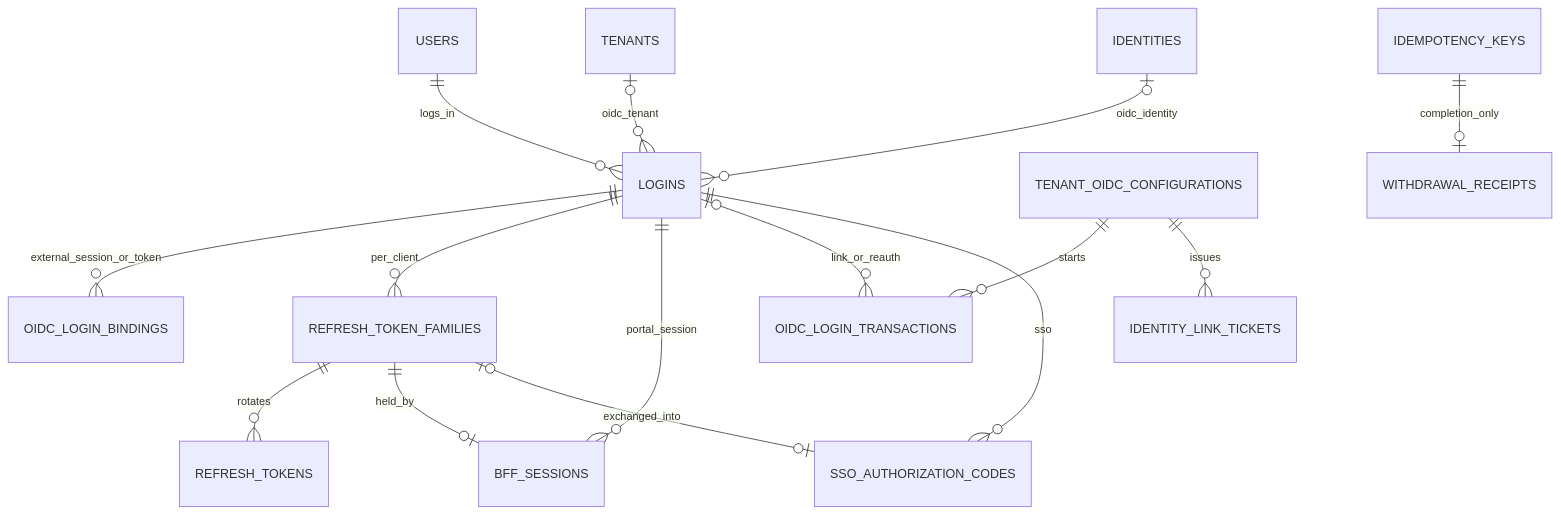
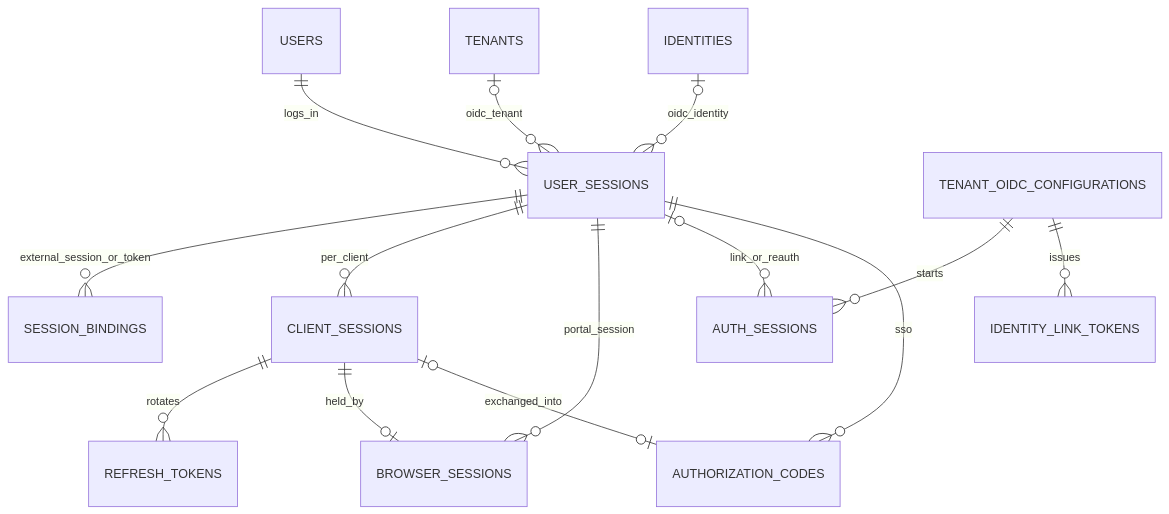
Before and after one commit to hyoungsookim/passport: the second of 2 diagrams in docs/DB_MODEL.md, drawn with Mermaid. The commit also changed other lines of this file and 5 other files, not shown here.

````diff
--- a/docs/DB_MODEL.md
+++ b/docs/DB_MODEL.md
@@ -142,17 +141,16 @@
 ```mermaid
 erDiagram
-    USERS ||--o{ LOGINS : logs_in
-    TENANTS |o--o{ LOGINS : oidc_tenant
-    IDENTITIES |o--o{ LOGINS : oidc_identity
-    LOGINS ||--o{ OIDC_LOGIN_BINDINGS : external_session_or_token
-    LOGINS ||--o{ REFRESH_TOKEN_FAMILIES : per_client
-    REFRESH_TOKEN_FAMILIES ||--o{ REFRESH_TOKENS : rotates
-    LOGINS ||--o{ BFF_SESSIONS : portal_session
-    REFRESH_TOKEN_FAMILIES ||--o| BFF_SESSIONS : held_by
-    TENANT_OIDC_CONFIGURATIONS ||--o{ OIDC_LOGIN_TRANSACTIONS : starts
-    LOGINS |o--o{ OIDC_LOGIN_TRANSACTIONS : link_or_reauth
-    TENANT_OIDC_CONFIGURATIONS ||--o{ IDENTITY_LINK_TICKETS : issues
-    LOGINS ||--o{ SSO_AUTHORIZATION_CODES : sso
-    REFRESH_TOKEN_FAMILIES |o--o| SSO_AUTHORIZATION_CODES : exchanged_into
-    IDEMPOTENCY_KEYS ||--o| WITHDRAWAL_RECEIPTS : completion_only
+    USERS ||--o{ USER_SESSIONS : logs_in
+    TENANTS |o--o{ USER_SESSIONS : oidc_tenant
+    IDENTITIES |o--o{ USER_SESSIONS : oidc_identity
+    USER_SESSIONS ||--o{ SESSION_BINDINGS : external_session_or_token
+    USER_SESSIONS ||--o{ CLIENT_SESSIONS : per_client
+    CLIENT_SESSIONS ||--o{ REFRESH_TOKENS : rotates
+    USER_SESSIONS ||--o{ BROWSER_SESSIONS : portal_session
+    CLIENT_SESSIONS ||--o| BROWSER_SESSIONS : held_by
+    TENANT_OIDC_CONFIGURATIONS ||--o{ AUTH_SESSIONS : starts
+    USER_SESSIONS |o--o{ AUTH_SESSIONS : link_or_reauth
+    TENANT_OIDC_CONFIGURATIONS ||--o{ IDENTITY_LINK_TOKENS : issues
+    USER_SESSIONS ||--o{ AUTHORIZATION_CODES : sso
+    CLIENT_SESSIONS |o--o| AUTHORIZATION_CODES : exchanged_into
 ```
````
